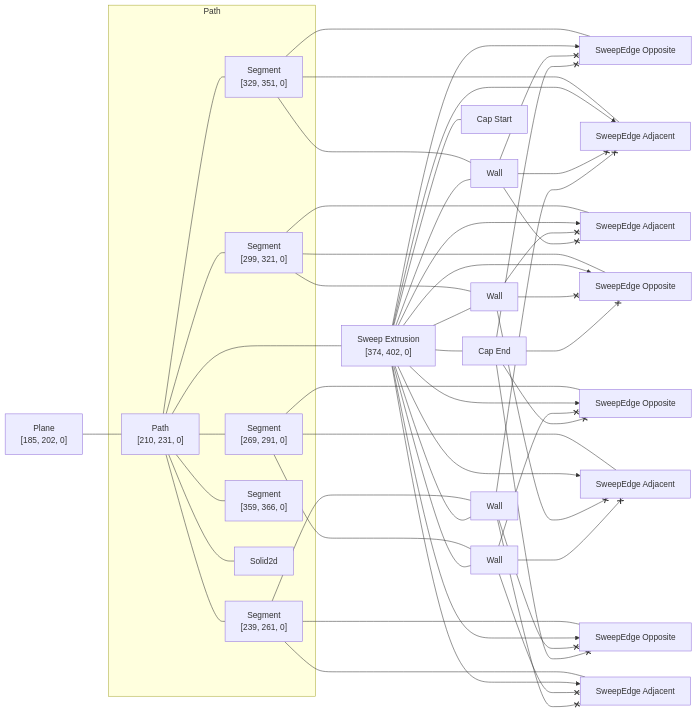
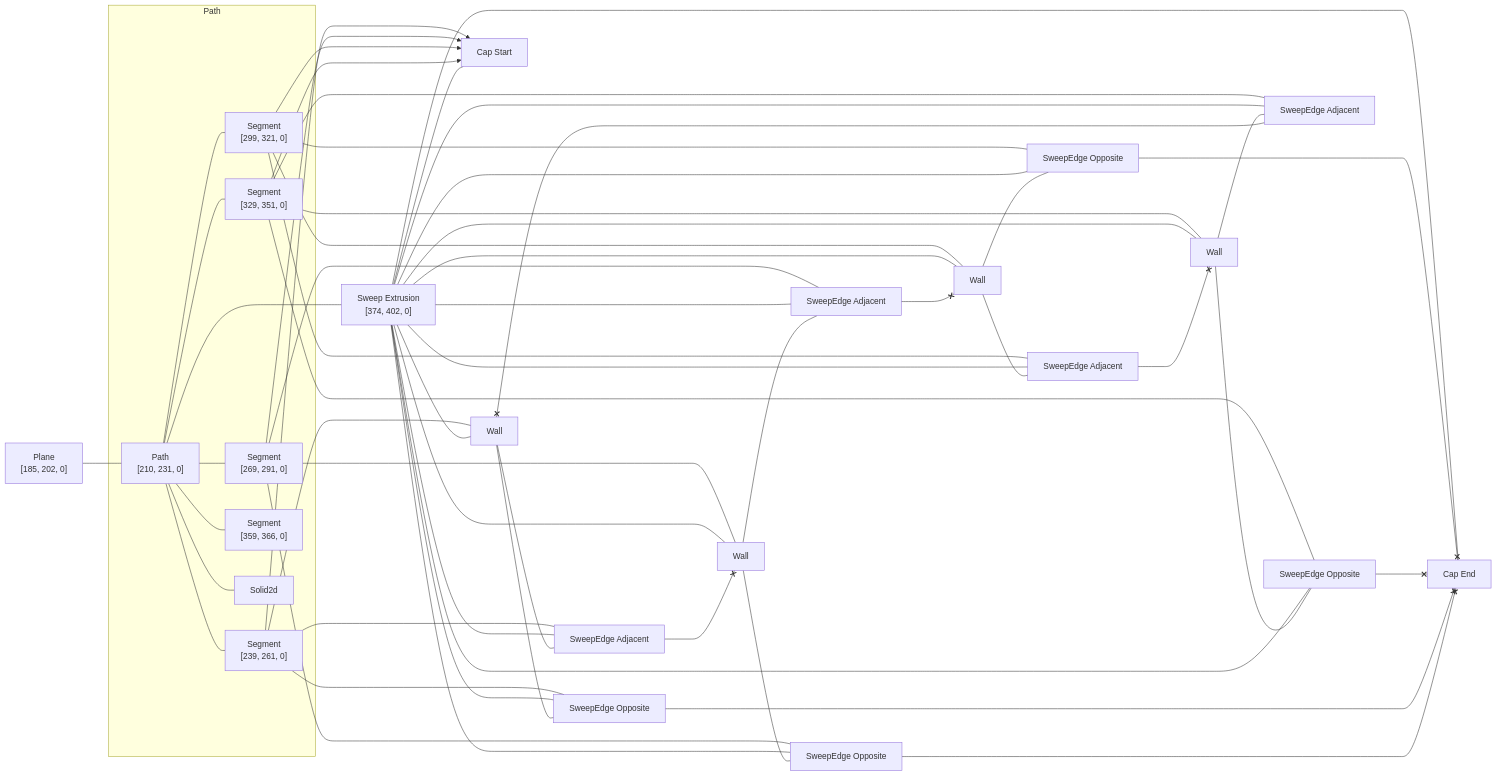
Before and after one commit to rajgandhi1/modeling-app: the diagram in rust/kcl-lib/tests/cube/artifact_graph_flowchart.snap.md, drawn with Mermaid. The commit also changed 233 other files, not shown here.

````diff
--- a/rust/kcl-lib/tests/cube/artifact_graph_flowchart.snap.md
+++ b/rust/kcl-lib/tests/cube/artifact_graph_flowchart.snap.md
@@ -1,78 +1,82 @@
 ```mermaid
 flowchart LR
   subgraph path2 [Path]
     2["Path<br>[210, 231, 0]"]
     3["Segment<br>[239, 261, 0]"]
     4["Segment<br>[269, 291, 0]"]
     5["Segment<br>[299, 321, 0]"]
     6["Segment<br>[329, 351, 0]"]
     7["Segment<br>[359, 366, 0]"]
     8[Solid2d]
   end
   1["Plane<br>[185, 202, 0]"]
   9["Sweep Extrusion<br>[374, 402, 0]"]
   10[Wall]
   11[Wall]
   12[Wall]
   13[Wall]
   14["Cap Start"]
   15["Cap End"]
   16["SweepEdge Opposite"]
   17["SweepEdge Opposite"]
   18["SweepEdge Opposite"]
   19["SweepEdge Opposite"]
   20["SweepEdge Adjacent"]
   21["SweepEdge Adjacent"]
   22["SweepEdge Adjacent"]
   23["SweepEdge Adjacent"]
   1 --- 2
   2 --- 3
   2 --- 4
   2 --- 5
   2 --- 6
   2 --- 7
   2 --- 8
   2 ---- 9
   3 --- 13
-  3 --- 16
-  3 --- 22
+  3 x--> 14
+  3 --- 18
+  3 --- 20
   4 --- 11
-  4 --- 17
-  4 --- 20
+  4 x--> 14
+  4 --- 19
+  4 --- 23
   5 --- 10
-  5 --- 18
-  5 --- 21
+  5 x--> 14
+  5 --- 16
+  5 --- 22
   6 --- 12
-  6 --- 19
-  6 --- 23
+  6 x--> 14
+  6 --- 17
+  6 --- 21
   9 --- 10
   9 --- 11
   9 --- 12
   9 --- 13
   9 --- 14
   9 --- 15
-  9 x--> 16
-  9 x--> 17
-  9 x--> 18
-  9 x--> 19
-  9 x--> 20
-  9 x--> 21
-  9 x--> 22
-  9 x--> 23
-  10 <--x 18
-  10 <--x 20
-  10 <--x 21
-  11 <--x 17
-  11 <--x 20
-  11 <--x 22
-  12 <--x 19
-  12 <--x 21
-  12 <--x 23
-  13 <--x 16
-  13 <--x 22
-  13 <--x 23
-  15 <--x 16
-  15 <--x 17
-  15 <--x 18
-  15 <--x 19
+  9 --- 16
+  9 --- 17
+  9 --- 18
+  9 --- 19
+  9 --- 20
+  9 --- 21
+  9 --- 22
+  9 --- 23
+  10 --- 16
+  10 --- 22
+  23 <--x 10
+  11 --- 19
+  20 <--x 11
+  11 --- 23
+  12 --- 17
+  12 --- 21
+  22 <--x 12
+  13 --- 18
+  13 --- 20
+  21 <--x 13
+  16 <--x 15
+  17 <--x 15
+  18 <--x 15
+  19 <--x 15
 ```
````
